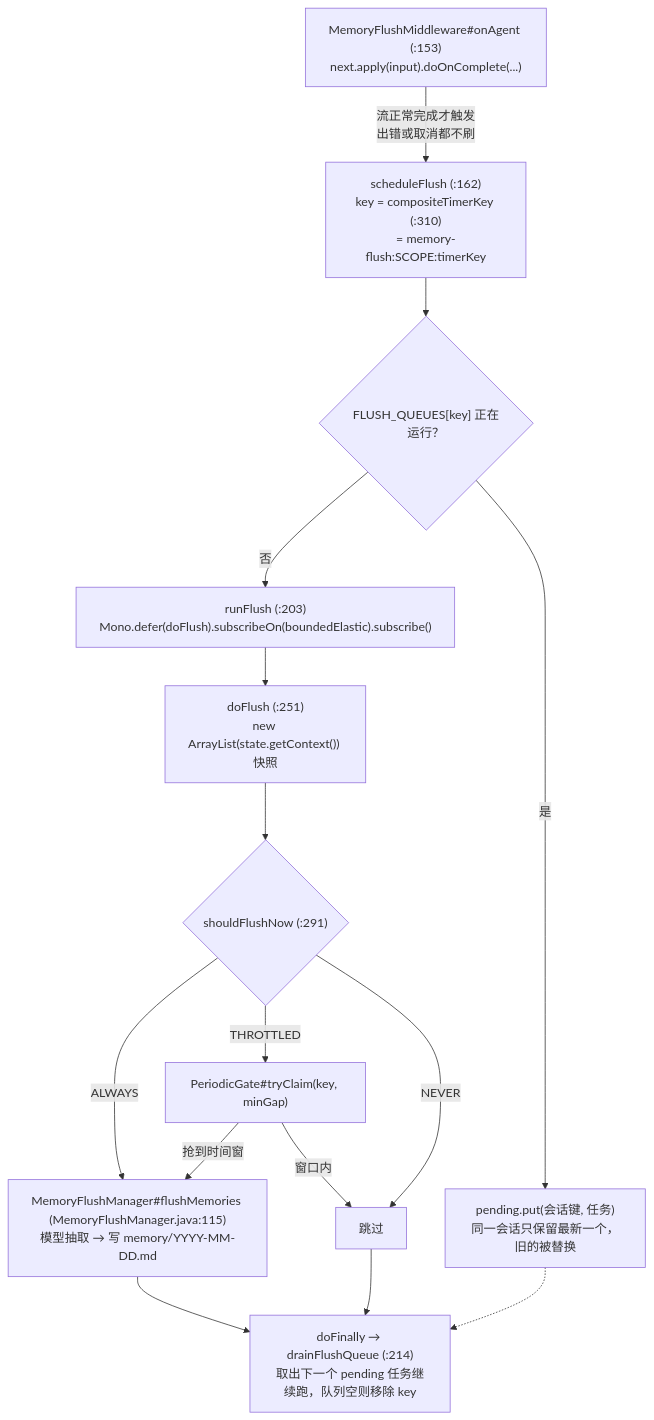
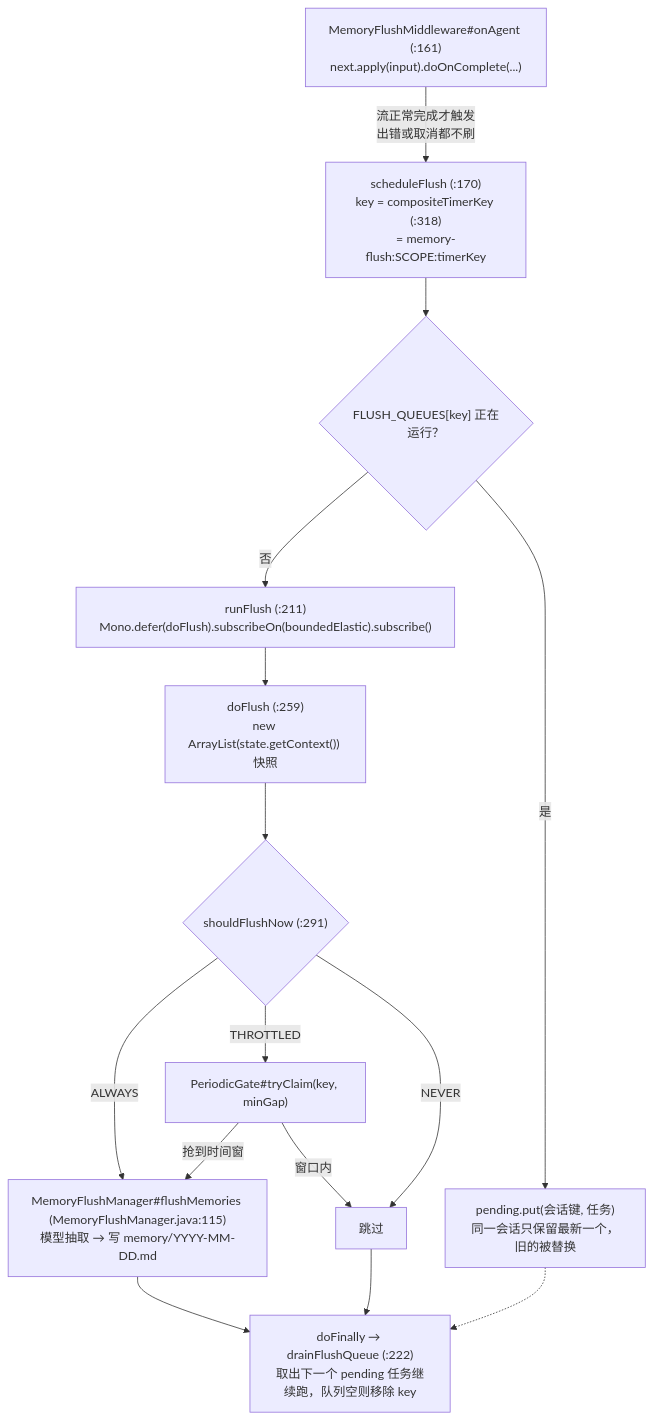
The fifth of 5 diagrams in 07-Harness工程化外壳.md (liulangjietou/AgentScope-source-analysis), drawn with Mermaid before and after one commit. The commit also changed other lines of this file, not shown here.

````diff
--- a/07-Harness工程化外壳.md
+++ b/07-Harness工程化外壳.md
@@ -177,17 +189,17 @@
 ```mermaid
 flowchart TB
-    OA["MemoryFlushMiddleware#onAgent (:153)<br/>next.apply(input).doOnComplete(...)"] -->|"流正常完成才触发<br/>出错或取消都不刷"| SCH["scheduleFlush (:162)<br/>key = compositeTimerKey (:310)<br/>= memory-flush:SCOPE:timerKey"]
+    OA["MemoryFlushMiddleware#onAgent (:161)<br/>next.apply(input).doOnComplete(...)"] -->|"流正常完成才触发<br/>出错或取消都不刷"| SCH["scheduleFlush (:170)<br/>key = compositeTimerKey (:318)<br/>= memory-flush:SCOPE:timerKey"]
     SCH --> Q{"FLUSH_QUEUES[key] 正在运行？"}
-    Q -->|"否"| RUN["runFlush (:203)<br/>Mono.defer(doFlush).subscribeOn(boundedElastic).subscribe()"]
+    Q -->|"否"| RUN["runFlush (:211)<br/>Mono.defer(doFlush).subscribeOn(boundedElastic).subscribe()"]
     Q -->|"是"| PEND["pending.put(会话键, 任务)<br/>同一会话只保留最新一个，旧的被替换"]
-    RUN --> DF["doFlush (:251)<br/>new ArrayList(state.getContext()) 快照"]
+    RUN --> DF["doFlush (:259)<br/>new ArrayList(state.getContext()) 快照"]
     DF --> SH{"shouldFlushNow (:291)"}
     SH -->|"ALWAYS"| FM["MemoryFlushManager#flushMemories (MemoryFlushManager.java:115)<br/>模型抽取 → 写 memory/YYYY-MM-DD.md"]
     SH -->|"THROTTLED"| PG["PeriodicGate#tryClaim(key, minGap)"]
     PG -->|"抢到时间窗"| FM
     PG -->|"窗口内"| SKIP["跳过"]
     SH -->|"NEVER"| SKIP
-    FM --> FIN["doFinally → drainFlushQueue (:214)<br/>取出下一个 pending 任务继续跑，队列空则移除 key"]
+    FM --> FIN["doFinally → drainFlushQueue (:222)<br/>取出下一个 pending 任务继续跑，队列空则移除 key"]
     SKIP --> FIN
     PEND -.-> FIN
 ```
````
